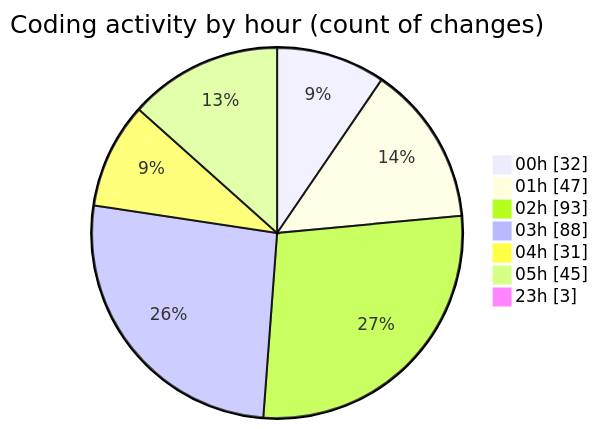
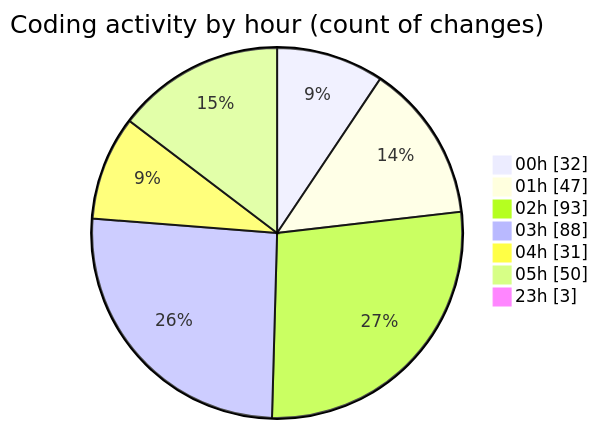
One commit to lephambinh05/code-tracking changed the second of 2 diagrams in 2025-07-28/quanlyrapchieuphim-1/README.md. Above: the diagram before and after it, drawn with Mermaid. The commit also changed other lines of this file and 1 other file, not shown here.

````diff
--- a/2025-07-28/quanlyrapchieuphim-1/README.md
+++ b/2025-07-28/quanlyrapchieuphim-1/README.md
@@ -74,11 +74,11 @@
 ```mermaid
 pie showData
 title Coding activity by hour (count of changes)
 "00h" : 32
 "01h" : 47
 "02h" : 93
 "03h" : 88
 "04h" : 31
-"05h" : 45
+"05h" : 50
 "23h" : 3
 ```
````
